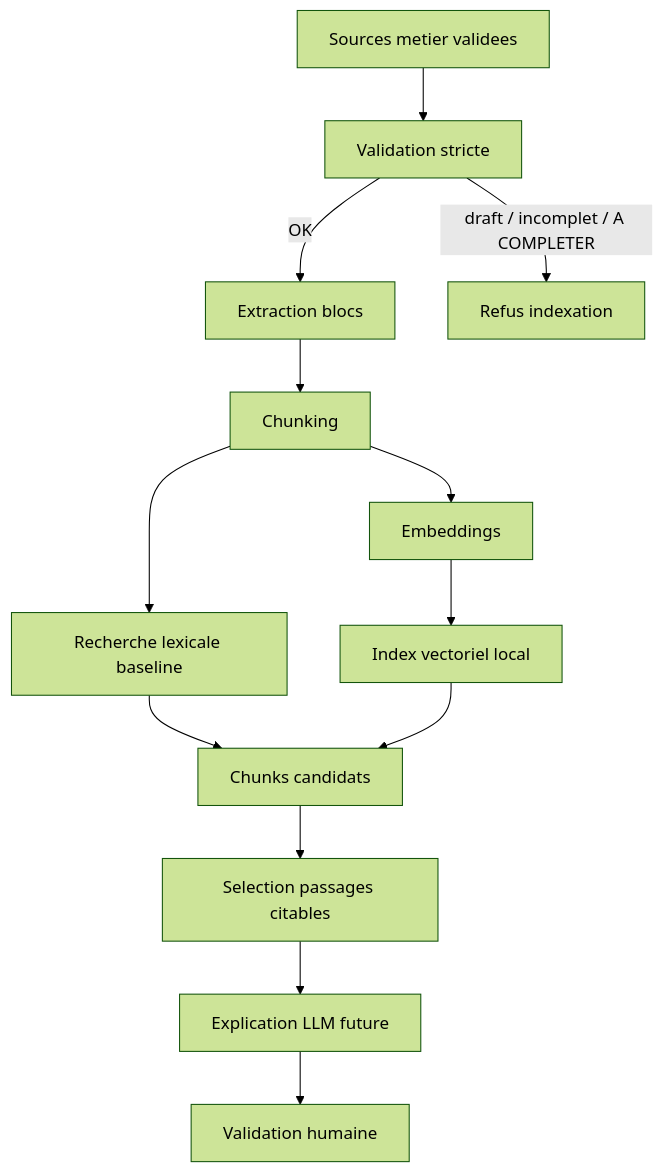
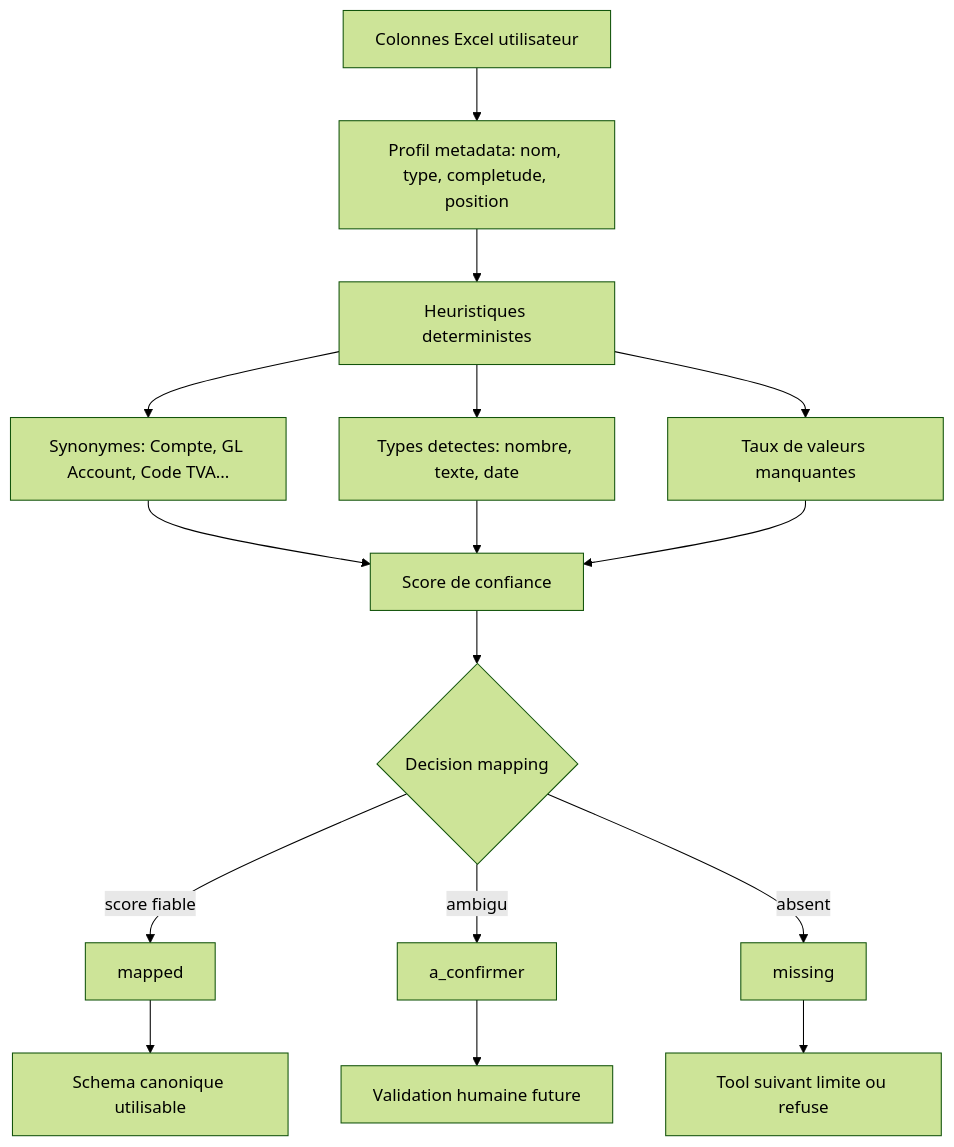
The fifth of 9 diagrams in docs/rag-flow-mermaid.md (Appolinairee/fiscal-control-engine), drawn with Mermaid (forest theme) before and after one commit. The commit also changed other lines of this file and 24 other files, not shown here.

````diff
--- a/docs/rag-flow-mermaid.md
+++ b/docs/rag-flow-mermaid.md
@@ -52,15 +111,22 @@
 ```mermaid
 flowchart TD
-    A[Sources metier validees] --> B[Validation stricte]
-    B -->|OK| C[Extraction blocs]
-    B -->|draft / incomplet / A COMPLETER| R[Refus indexation]
-    C --> D[Chunking]
-    D --> E[Recherche lexicale baseline]
-    D --> F[Embeddings]
-    F --> G[Index vectoriel local]
-    E --> H[Chunks candidats]
-    G --> H
-    H --> I[Selection passages citables]
-    I --> J[Explication LLM future]
-    J --> K[Validation humaine]
+    COL[Colonnes Excel utilisateur] --> PROF[Profil metadata: nom, type, completude, position]
+    PROF --> H[Heuristiques deterministes]
+
+    H --> SYN[Synonymes: Compte, GL Account, Code TVA...]
+    H --> TYPE[Types detectes: nombre, texte, date]
+    H --> MISS[Taux de valeurs manquantes]
+
+    SYN --> SCORE[Score de confiance]
+    TYPE --> SCORE
+    MISS --> SCORE
+
+    SCORE --> DEC{Decision mapping}
+    DEC -->|score fiable| MAPPED[mapped]
+    DEC -->|ambigu| CONFIRM[a_confirmer]
+    DEC -->|absent| MISSING[missing]
+
+    MAPPED --> CANON[Schema canonique utilisable]
+    CONFIRM --> HUMAN[Validation humaine future]
+    MISSING --> BLOCK[Tool suivant limite ou refuse]
 ```
````
